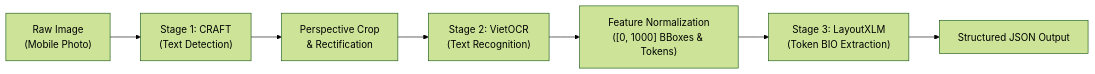
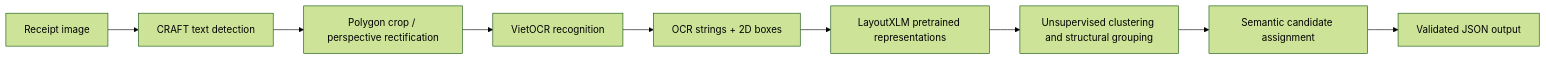
Before and after one commit to CaoLePhucThinh2203/QuetHoaDon: the diagram in reports/project_leader_handover.md, drawn with Mermaid (forest theme). The commit also changed other lines of this file and 15 other files, not shown here.

First line of the commit message:
refactor: restructure receipt extraction pipeline for unsupervised learning

````diff
--- a/reports/project_leader_handover.md
+++ b/reports/project_leader_handover.md
@@ -70,9 +16,11 @@
 ```mermaid
 flowchart LR
-    A["Raw Image\n(Mobile Photo)"] --> B["Stage 1: CRAFT\n(Text Detection)"]
-    B --> C["Perspective Crop\n& Rectification"]
-    C --> D["Stage 2: VietOCR\n(Text Recognition)"]
-    D --> E["Feature Normalization\n([0, 1000] BBoxes & Tokens)"]
-    E --> F["Stage 3: LayoutXLM\n(Token BIO Extraction)"]
-    F --> G["Structured JSON Output"]
+    A["Receipt image"] --> B["CRAFT text detection"]
+    B --> C["Polygon crop / perspective rectification"]
+    C --> D["VietOCR recognition"]
+    D --> E["OCR strings + 2D boxes"]
+    E --> F["LayoutXLM pretrained representations"]
+    F --> G["Unsupervised clustering and structural grouping"]
+    G --> H["Semantic candidate assignment"]
+    H --> I["Validated JSON output"]
 ```
````
